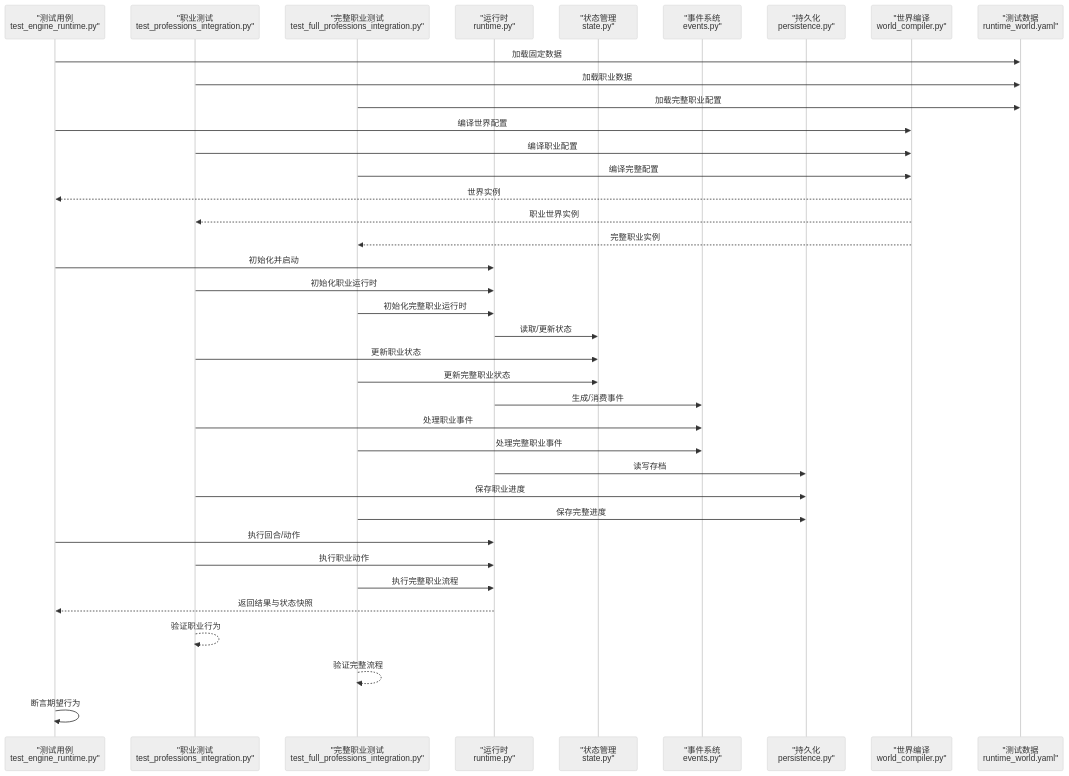
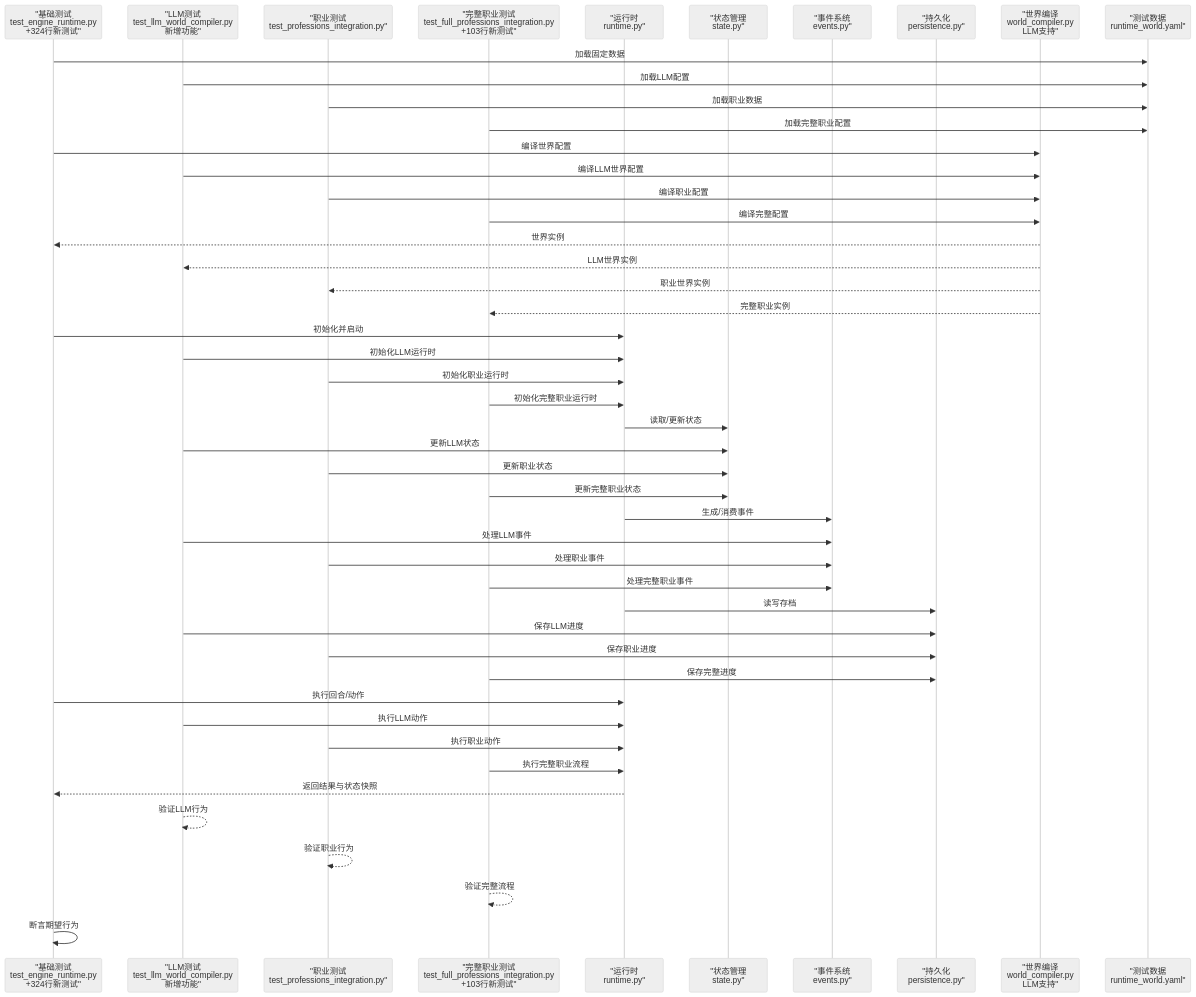
One commit to Ivandanslespace/thegreatnovel changed the second of 4 diagrams in .qoder/repowiki/zh/content/测试指南.md. Above: the diagram before and after it, drawn with Mermaid (neutral theme). The commit also changed other lines of this file and 64 other files, not shown here.

````diff
--- a/.qoder/repowiki/zh/content/测试指南.md
+++ b/.qoder/repowiki/zh/content/测试指南.md
@@ -136,40 +139,50 @@
 ```mermaid
 sequenceDiagram
-participant Test as "测试用例<br/>test_engine_runtime.py"
+participant Test as "基础测试<br/>test_engine_runtime.py<br/>+324行新测试"
+participant LLMTest as "LLM测试<br/>test_llm_world_compiler.py<br/>新增功能"
 participant ProfTest as "职业测试<br/>test_professions_integration.py"
-participant FullProfTest as "完整职业测试<br/>test_full_professions_integration.py"
+participant FullProfTest as "完整职业测试<br/>test_full_professions_integration.py<br/>+103行新测试"
 participant Runtime as "运行时<br/>runtime.py"
 participant State as "状态管理<br/>state.py"
 participant Events as "事件系统<br/>events.py"
 participant Persist as "持久化<br/>persistence.py"
-participant World as "世界编译<br/>world_compiler.py"
+participant World as "世界编译<br/>world_compiler.py<br/>LLM支持"
 participant Fixture as "测试数据<br/>runtime_world.yaml"
 Test->>Fixture : 加载固定数据
+LLMTest->>Fixture : 加载LLM配置
 ProfTest->>Fixture : 加载职业数据
 FullProfTest->>Fixture : 加载完整职业配置
 Test->>World : 编译世界配置
+LLMTest->>World : 编译LLM世界配置
 ProfTest->>World : 编译职业配置
 FullProfTest->>World : 编译完整配置
 World-->>Test : 世界实例
+World-->>LLMTest : LLM世界实例
 World-->>ProfTest : 职业世界实例
 World-->>FullProfTest : 完整职业实例
 Test->>Runtime : 初始化并启动
+LLMTest->>Runtime : 初始化LLM运行时
 ProfTest->>Runtime : 初始化职业运行时
 FullProfTest->>Runtime : 初始化完整职业运行时
 Runtime->>State : 读取/更新状态
+LLMTest->>State : 更新LLM状态
 ProfTest->>State : 更新职业状态
 FullProfTest->>State : 更新完整职业状态
 Runtime->>Events : 生成/消费事件
+LLMTest->>Events : 处理LLM事件
 ProfTest->>Events : 处理职业事件
 FullProfTest->>Events : 处理完整职业事件
 Runtime->>Persist : 读写存档
+LLMTest->>Persist : 保存LLM进度
 ProfTest->>Persist : 保存职业进度
 FullProfTest->>Persist : 保存完整进度
 Test->>Runtime : 执行回合/动作
+LLMTest->>Runtime : 执行LLM动作
 ProfTest->>Runtime : 执行职业动作
 FullProfTest->>Runtime : 执行完整职业流程
 Runtime-->>Test : 返回结果与状态快照
+LLMTest-->>LLMTest : 验证LLM行为
 ProfTest-->>ProfTest : 验证职业行为
 FullProfTest-->>FullProfTest : 验证完整流程
 Test->>Test : 断言期望行为
 ```
````
